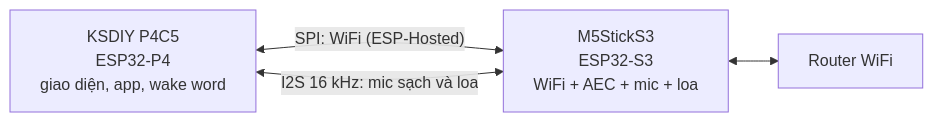
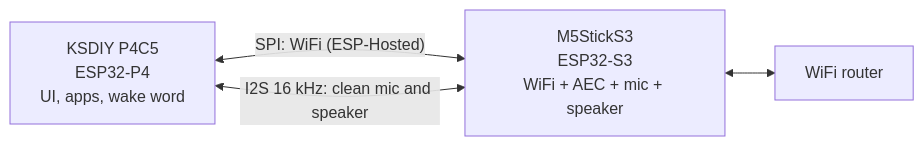
The diagram in README.md (ngttai/p4c5_sticks3_coprocessor), drawn with Mermaid before and after one commit. The commit also changed other lines of this file and 45 other files, not shown here.

````diff
--- a/README.md
+++ b/README.md
@@ -16,9 +16,9 @@
 ```mermaid
 flowchart LR
-    P4["KSDIY P4C5<br/>ESP32-P4<br/>giao diện, app, wake word"]
-    S3["M5StickS3<br/>ESP32-S3<br/>WiFi + AEC + mic + loa"]
-    AP["Router WiFi"]
+    P4["KSDIY P4C5<br/>ESP32-P4<br/>UI, apps, wake word"]
+    S3["M5StickS3<br/>ESP32-S3<br/>WiFi + AEC + mic + speaker"]
+    AP["WiFi router"]
     P4 <-->|"SPI: WiFi (ESP-Hosted)"| S3
-    P4 <-->|"I2S 16 kHz: mic sạch và loa"| S3
+    P4 <-->|"I2S 16 kHz: clean mic and speaker"| S3
     S3 <--> AP
 ```
````
